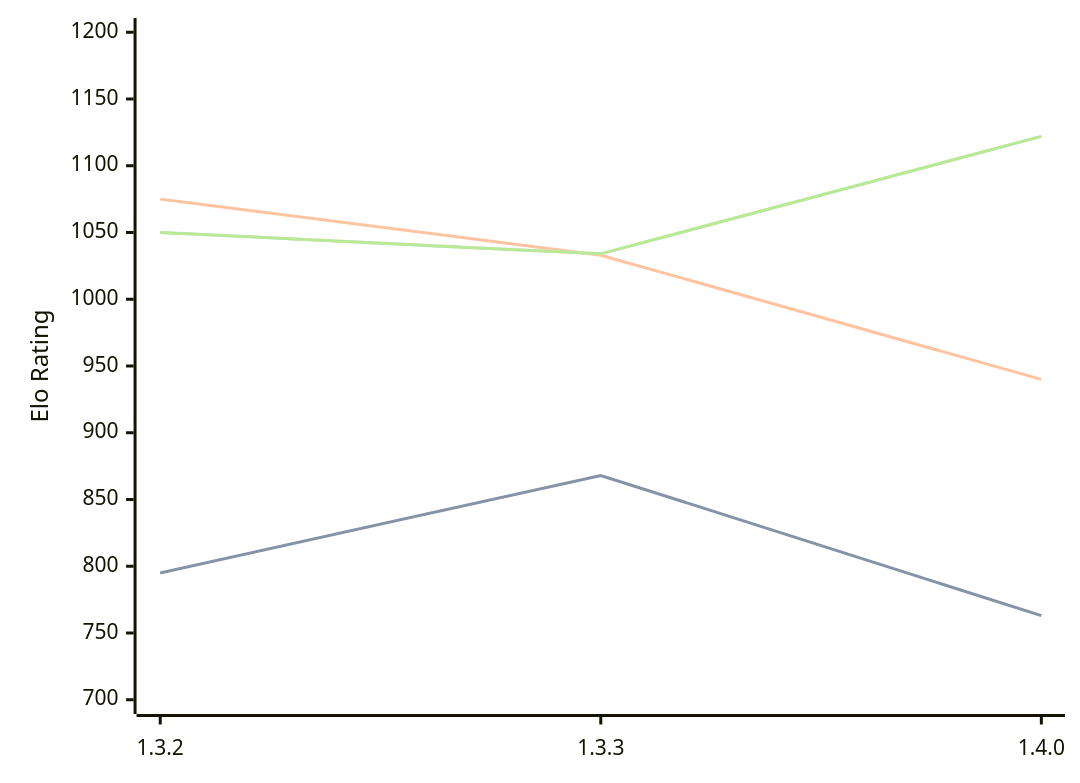
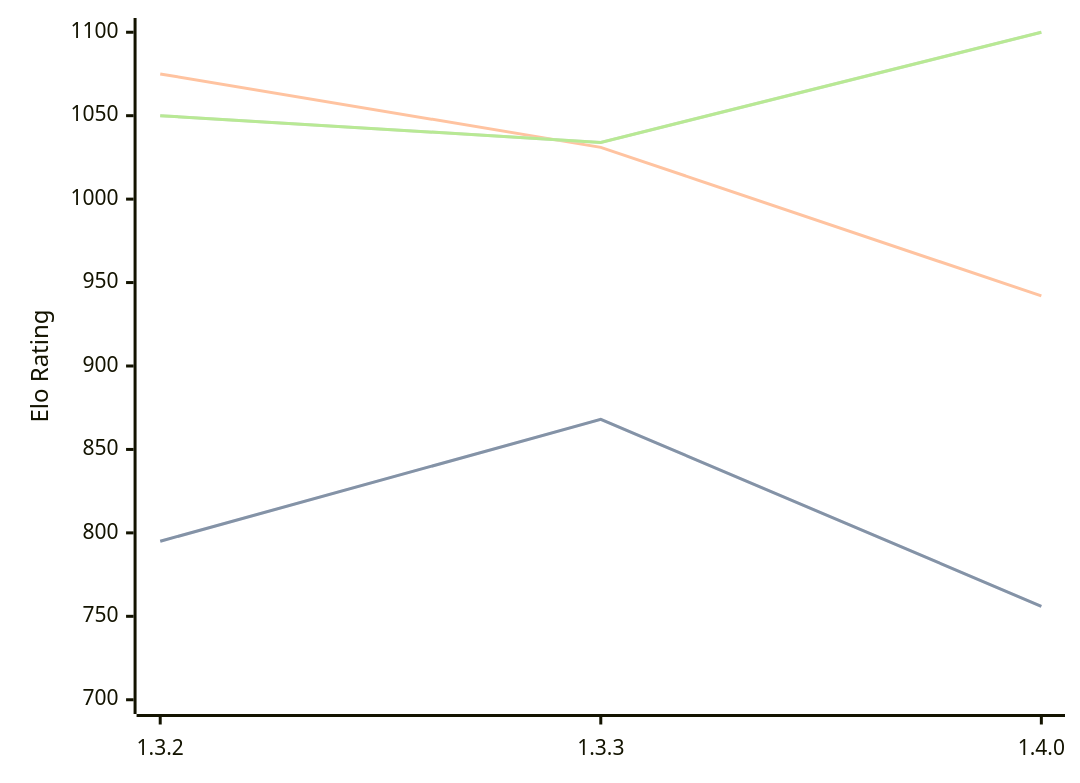
Before and after one commit to computer-chess-index/cci: the diagram in engines/Whitespine.md, drawn with Mermaid. The commit also changed other lines of this file, not shown here.

Commit message:
Update CCI Ratings (ELO VLTC) - 2026-05-07

````diff
--- a/engines/Whitespine.md
+++ b/engines/Whitespine.md
@@ -36,11 +36,11 @@
 ```mermaid
 %%{init: {"theme":"base","themeVariables":{"seriesColors:['#a3a3a3','#222221','#faa371']}}}%%
 xychart-beta
   x-axis ["1.3.2", "1.3.3", "1.4.0"]
-  y-axis "Elo Rating" 700 --> 1200
-  line "STC (8.0+0.08s)" [795, 868, 763]
-  line "STC (8.0+0.08s)" [795, 868, 763]
-  line "LTC (60.0+0.60s)" [1075, 1033, 940]
-  line "VLTC (2m24s+1.12s)" [1050, 1034, 1122]
-  line "VLTC (2m24s+1.12s)" [1050, 1034, 1122]
+  y-axis "Elo Rating" 700 --> 1100
+  line "STC (8.0+0.08s)" [795, 868, 756]
+  line "STC (8.0+0.08s)" [795, 868, 756]
+  line "LTC (60.0+0.60s)" [1075, 1031, 942]
+  line "VLTC (2m24s+1.12s)" [1050, 1034, 1100]
+  line "VLTC (2m24s+1.12s)" [1050, 1034, 1100]
 ```
````
